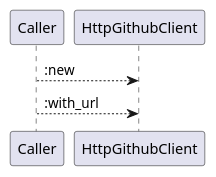
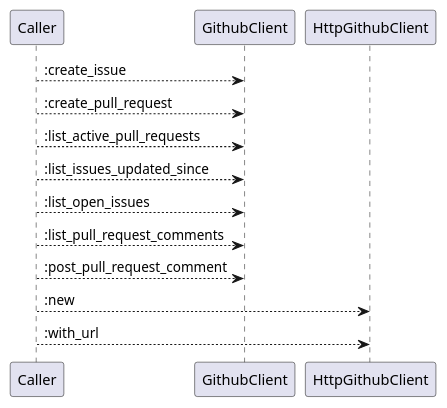
Before and after one commit to lgcorzo/rust_CACD_autonomous_factory: the fifth of 6 diagrams in openwiki/crates_factory_infrastructure_src_github.md, drawn with PlantUML. The commit also changed other lines of this file and 96 other files, not shown here.

````diff
--- a/openwiki/crates_factory_infrastructure_src_github.md
+++ b/openwiki/crates_factory_infrastructure_src_github.md
@@ -314,7 +542,14 @@
 ```plantuml
 @startuml
+Caller --> GithubClient::create_issue
+Caller --> GithubClient::create_pull_request
+Caller --> GithubClient::list_active_pull_requests
+Caller --> GithubClient::list_issues_updated_since
+Caller --> GithubClient::list_open_issues
+Caller --> GithubClient::list_pull_request_comments
+Caller --> GithubClient::post_pull_request_comment
 Caller --> HttpGithubClient::new
 Caller --> HttpGithubClient::with_url
 @enduml
 
 ```
````
